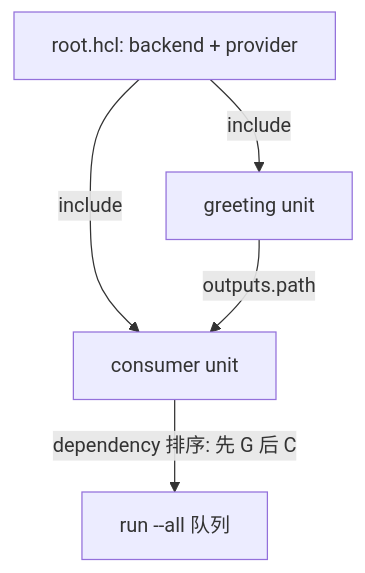
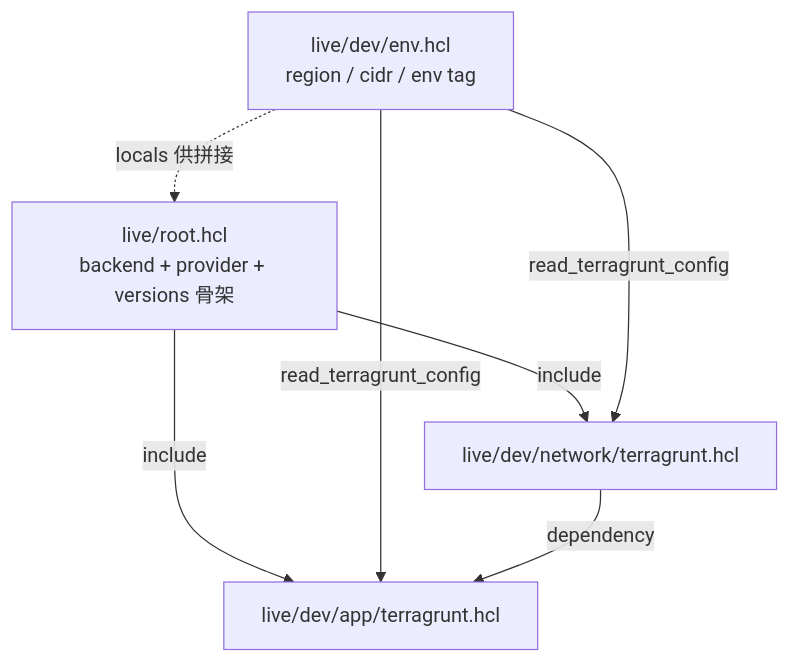
One commit to songli0103/notes changed the second of 3 diagrams in 10-云原生/02-平台组件/17-opentofu+terragrunt/OpenTofu与Terragrunt.md. Above: the diagram before and after it, drawn with Mermaid. The commit also changed other lines of this file, not shown here.

````diff
--- a/10-云原生/02-平台组件/17-opentofu+terragrunt/OpenTofu与Terragrunt.md
+++ b/10-云原生/02-平台组件/17-opentofu+terragrunt/OpenTofu与Terragrunt.md
@@ -380,7 +342,13 @@
 ```mermaid
-flowchart TB
-    ROOT["root.hcl: backend + provider"] -->|include| G["greeting unit"]
-    ROOT -->|include| C["consumer unit"]
-    G -->|"outputs.path"| C
-    C -->|"dependency 排序: 先 G 后 C"| Q["run --all 队列"]
+flowchart TD
+    R["live/root.hcl<br/>backend + provider + versions 骨架"]
+    E["live/dev/env.hcl<br/>region / cidr / env tag"]
+    U1["live/dev/network/terragrunt.hcl"]
+    U2["live/dev/app/terragrunt.hcl"]
+    R -->|"include"| U1
+    R -->|"include"| U2
+    E -->|"read_terragrunt_config"| U1
+    E -->|"read_terragrunt_config"| U2
+    E -.->|"locals 供拼接"| R
+    U1 -->|"dependency"| U2
 ```
````
